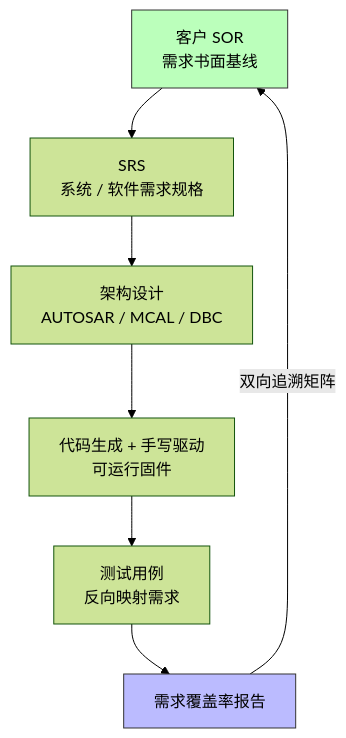
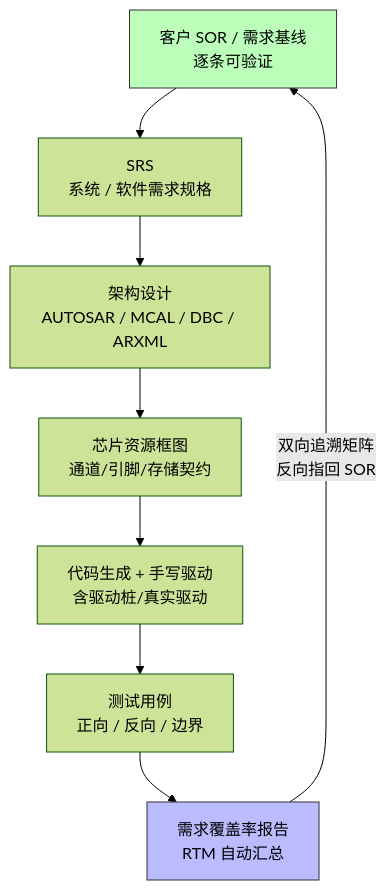
One commit to 1208826038/embedded-skill-notes changed the second of 10 diagrams in articles/09-cross-team.md. Above: the diagram before and after it, drawn with Mermaid (forest theme). The commit also changed other lines of this file, not shown here.

````diff
--- a/articles/09-cross-team.md
+++ b/articles/09-cross-team.md
@@ -46,11 +142,12 @@
 ```mermaid
 flowchart TD
-    A["客户 SOR<br/>需求书面基线"] --> B["SRS<br/>系统 / 软件需求规格"]
-    B --> C["架构设计<br/>AUTOSAR / MCAL / DBC"]
-    C --> D["代码生成 + 手写驱动<br/>可运行固件"]
-    D --> E["测试用例<br/>反向映射需求"]
-    E --> F["需求覆盖率报告"]
-    F -->|"双向追溯矩阵"| A
+    A["客户 SOR / 需求基线<br/>逐条可验证"] --> B["SRS<br/>系统 / 软件需求规格"]
+    B --> C["架构设计<br/>AUTOSAR / MCAL / DBC / ARXML"]
+    C --> D["芯片资源框图<br/>通道/引脚/存储契约"]
+    D --> E["代码生成 + 手写驱动<br/>含驱动桩/真实驱动"]
+    E --> F["测试用例<br/>正向 / 反向 / 边界"]
+    F --> G["需求覆盖率报告<br/>RTM 自动汇总"]
+    G -->|"双向追溯矩阵<br/>反向指回 SOR"| A
     style A fill:#bfb,stroke:#333
-    style F fill:#bbf,stroke:#333
+    style G fill:#bbf,stroke:#333
 ```
````
